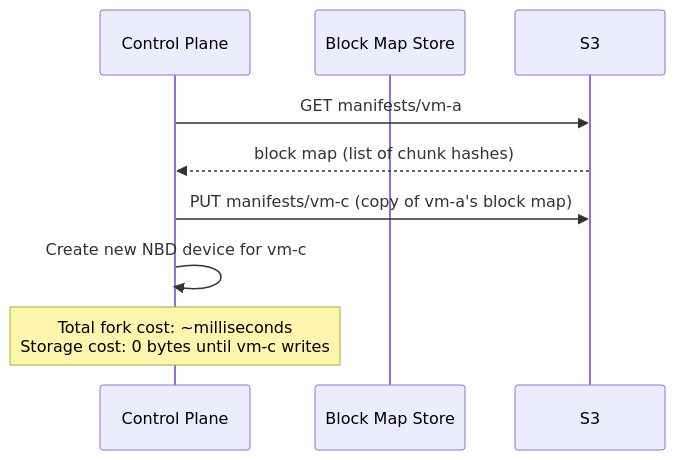
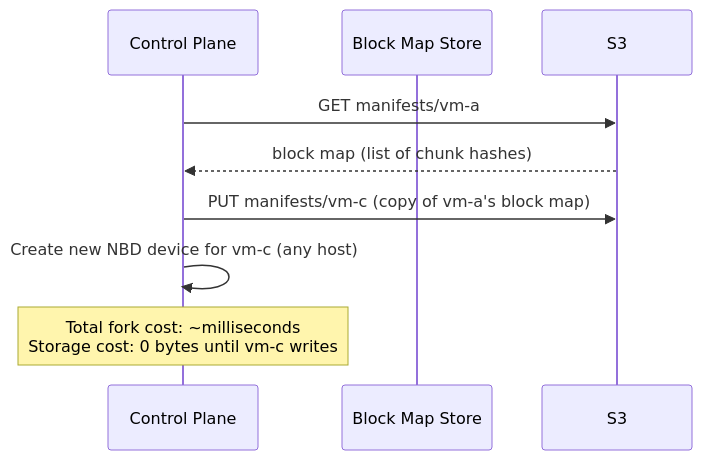
Before and after one commit to paraglidehq/glidefs: the fourth of 14 diagrams in GLIDEv2.md, drawn with Mermaid. The commit also changed other lines of this file, not shown here.

````diff
--- a/GLIDEv2.md
+++ b/GLIDEv2.md
@@ -162,12 +236,12 @@
 ```mermaid
 sequenceDiagram
     participant API as Control Plane
     participant M as Block Map Store
     participant S3 as S3
 
     API->>S3: GET manifests/vm-a
     S3-->>API: block map (list of chunk hashes)
     API->>S3: PUT manifests/vm-c (copy of vm-a's block map)
-    API->>API: Create new NBD device for vm-c
+    API->>API: Create new NBD device for vm-c (any host)
     Note over API: Total fork cost: ~milliseconds<br/>Storage cost: 0 bytes until vm-c writes
 ```
````
